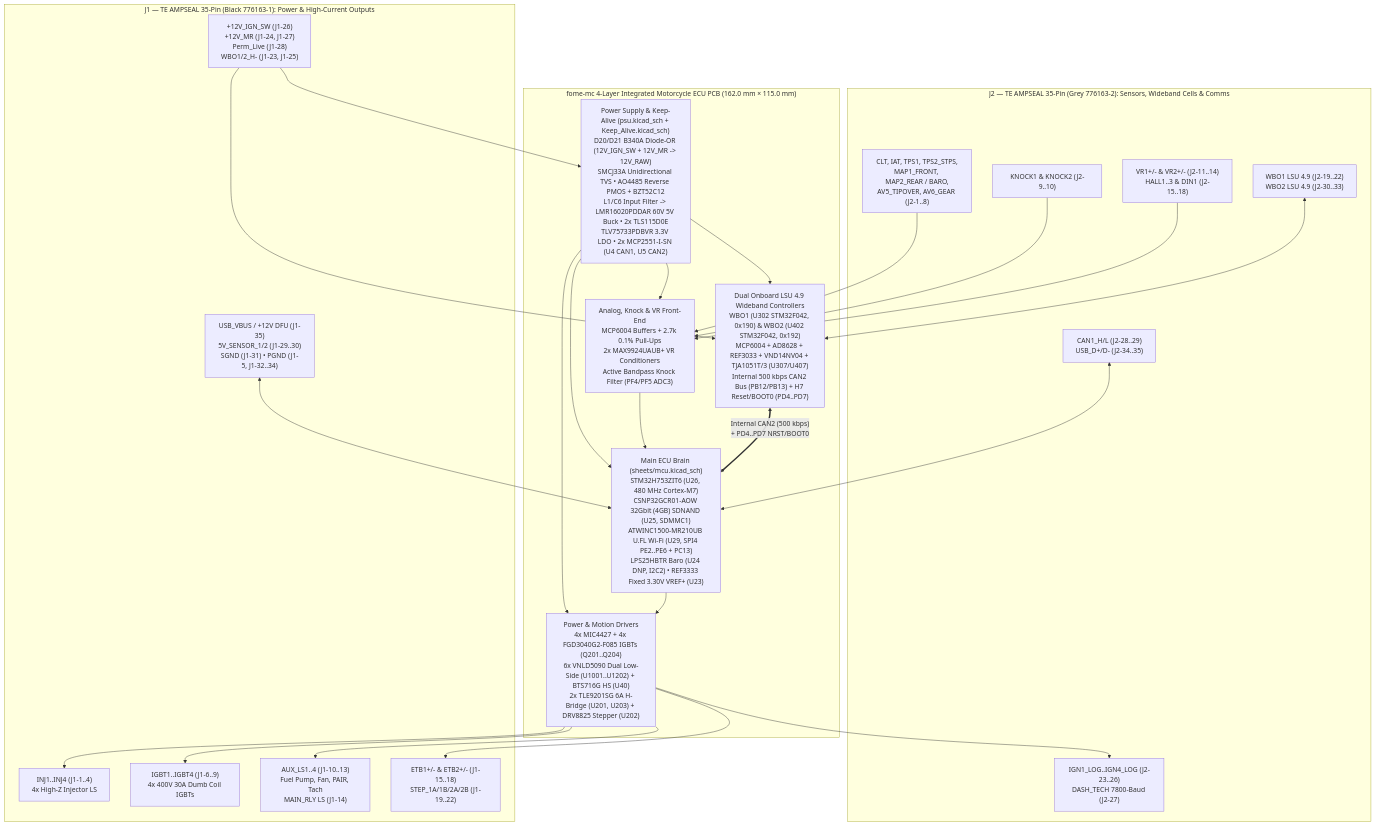
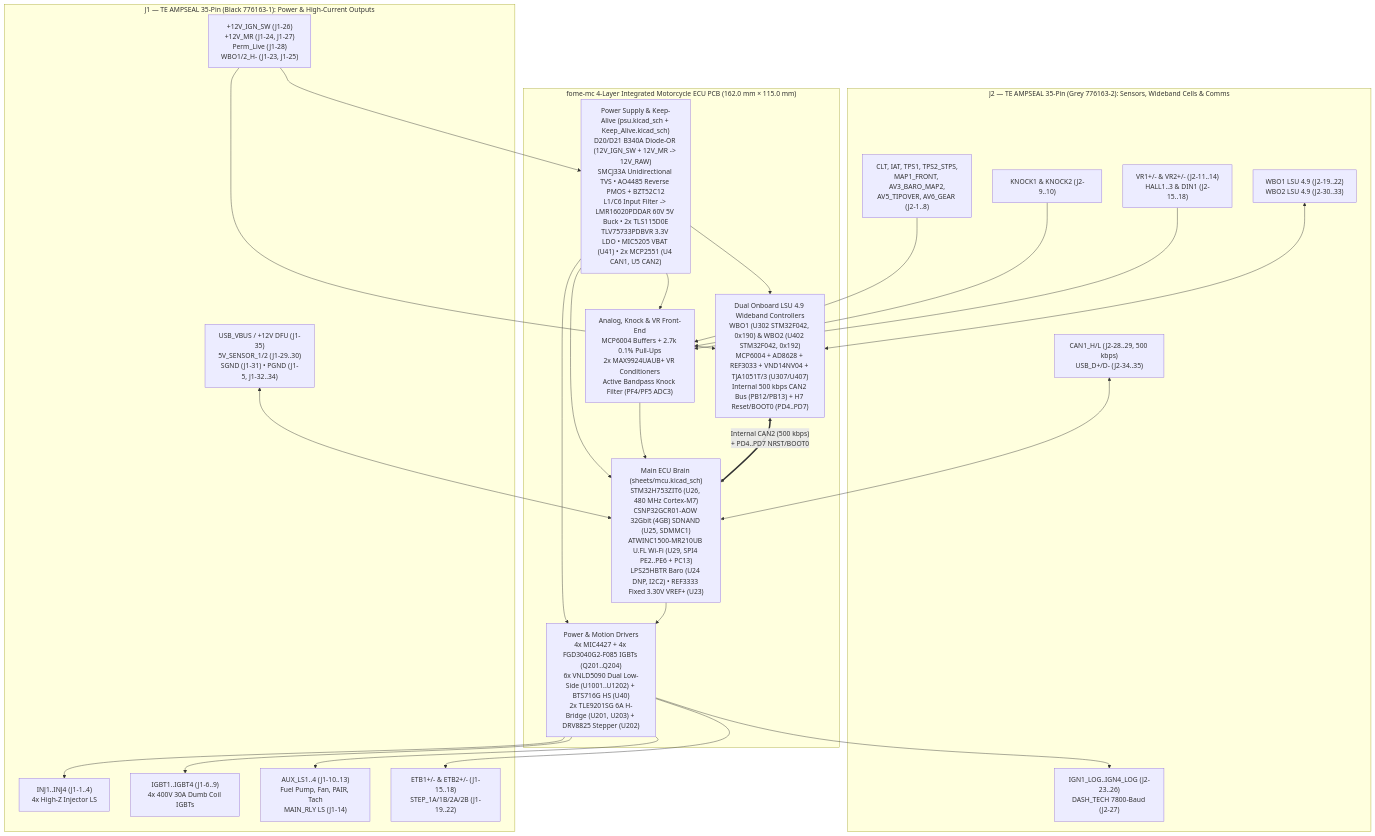
The diagram in README.md (halbritt/fome-mc), drawn with Mermaid before and after one commit. The commit also changed other lines of this file and 60 other files, not shown here.

Commit message:
Update all documentation, schematic SVG/PDF exports, and PCB/floorplan/pinout diagrams

````diff
--- a/README.md
+++ b/README.md
@@ -28,38 +29,38 @@
 ```mermaid
 flowchart TB
     subgraph J1["J1 — TE AMPSEAL 35-Pin (Black 776163-1): Power & High-Current Outputs"]
         J1_PWR["+12V_IGN_SW (J1-26)<br/>+12V_MR (J1-24, J1-27)<br/>Perm_Live (J1-28)<br/>WBO1/2_H- (J1-23, J1-25)"]
         J1_INJ["INJ1..INJ4 (J1-1..4)<br/>4x High-Z Injector LS"]
         J1_IGBT["IGBT1..IGBT4 (J1-6..9)<br/>4x 400V 30A Dumb Coil IGBTs"]
         J1_AUX["AUX_LS1..4 (J1-10..13)<br/>Fuel Pump, Fan, PAIR, Tach<br/>MAIN_RLY LS (J1-14)"]
         J1_MOT["ETB1+/- & ETB2+/- (J1-15..18)<br/>STEP_1A/1B/2A/2B (J1-19..22)"]
         J1_DFU["USB_VBUS / +12V DFU (J1-35)<br/>5V_SENSOR_1/2 (J1-29..30)<br/>SGND (J1-31) • PGND (J1-5, J1-32..34)"]
     end
 
     subgraph J2["J2 — TE AMPSEAL 35-Pin (Grey 776163-2): Sensors, Wideband Cells & Comms"]
-        J2_ANA["CLT, IAT, TPS1, TPS2_STPS,<br/>MAP1_FRONT, MAP2_REAR / BARO,<br/>AV5_TIPOVER, AV6_GEAR (J2-1..8)"]
+        J2_ANA["CLT, IAT, TPS1, TPS2_STPS,<br/>MAP1_FRONT, AV3_BARO_MAP2,<br/>AV5_TIPOVER, AV6_GEAR (J2-1..8)"]
         J2_KNK["KNOCK1 & KNOCK2 (J2-9..10)"]
         J2_TRG["VR1+/- & VR2+/- (J2-11..14)<br/>HALL1..3 & DIN1 (J2-15..18)"]
         J2_WBO["WBO1 LSU 4.9 (J2-19..22)<br/>WBO2 LSU 4.9 (J2-30..33)"]
         J2_IGN["IGN1_LOG..IGN4_LOG (J2-23..26)<br/>DASH_TECH 7800-Baud (J2-27)"]
-        J2_COM["CAN1_H/L (J2-28..29)<br/>USB_D+/D- (J2-34..35)"]
+        J2_COM["CAN1_H/L (J2-28..29, 500 kbps)<br/>USB_D+/D- (J2-34..35)"]
     end
 
     subgraph PCB["fome-mc 4-Layer Integrated Motorcycle ECU PCB (162.0 mm × 115.0 mm)"]
-        PSU["Power Supply & Keep-Alive (psu.kicad_sch + Keep_Alive.kicad_sch)<br/>D20/D21 B340A Diode-OR (12V_IGN_SW + 12V_MR -> 12V_RAW)<br/>SMCJ33A Unidirectional TVS • AO4485 Reverse PMOS + BZT52C12<br/>L1/C6 Input Filter -> LMR16020PDDAR 60V 5V Buck • 2x TLS115D0E<br/>TLV75733PDBVR 3.3V LDO • 2x MCP2551-I-SN (U4 CAN1, U5 CAN2)"]
+        PSU["Power Supply & Keep-Alive (psu.kicad_sch + Keep_Alive.kicad_sch)<br/>D20/D21 B340A Diode-OR (12V_IGN_SW + 12V_MR -> 12V_RAW)<br/>SMCJ33A Unidirectional TVS • AO4485 Reverse PMOS + BZT52C12<br/>L1/C6 Input Filter -> LMR16020PDDAR 60V 5V Buck • 2x TLS115D0E<br/>TLV75733PDBVR 3.3V LDO • MIC5205 VBAT (U41) • 2x MCP2551 (U4 CAN1, U5 CAN2)"]
         MCU["Main ECU Brain (sheets/mcu.kicad_sch)<br/>STM32H753ZIT6 (U26, 480 MHz Cortex-M7)<br/>CSNP32GCR01-AOW 32Gbit (4GB) SDNAND (U25, SDMMC1)<br/>ATWINC1500-MR210UB U.FL Wi-Fi (U29, SPI4 PE2..PE6 + PC13)<br/>LPS25HBTR Baro (U24 DNP, I2C2) • REF3333 Fixed 3.30V VREF+ (U23)"]
         AFE["Analog, Knock & VR Front-End<br/>MCP6004 Buffers + 2.7k 0.1% Pull-Ups<br/>2x MAX9924UAUB+ VR Conditioners<br/>Active Bandpass Knock Filter (PF4/PF5 ADC3)"]
         DRV["Power & Motion Drivers<br/>4x MIC4427 + 4x FGD3040G2-F085 IGBTs (Q201..Q204)<br/>6x VNLD5090 Dual Low-Side (U1001..U1202) + BTS716G HS (U40)<br/>2x TLE9201SG 6A H-Bridge (U201, U203) + DRV8825 Stepper (U202)"]
         WBO["Dual Onboard LSU 4.9 Wideband Controllers<br/>WBO1 (U302 STM32F042, 0x190) & WBO2 (U402 STM32F042, 0x192)<br/>MCP6004 + AD8628 + REF3033 + VND14NV04 + TJA1051T/3 (U307/U407)<br/>Internal 500 kbps CAN2 Bus (PB12/PB13) + H7 Reset/BOOT0 (PD4..PD7)"]
     end
 
     J1_PWR --> PSU
     PSU --> MCU & AFE & DRV & WBO
     J2_ANA & J2_KNK & J2_TRG --> AFE --> MCU
     J2_WBO <--> WBO
     J1_PWR --> WBO
     WBO <==>|"Internal CAN2 (500 kbps)<br/>+ PD4..PD7 NRST/BOOT0"| MCU
     MCU --> DRV
     DRV --> J1_INJ & J1_IGBT & J1_AUX & J1_MOT & J2_IGN
     J2_COM & J1_DFU <--> MCU
 ```
````
